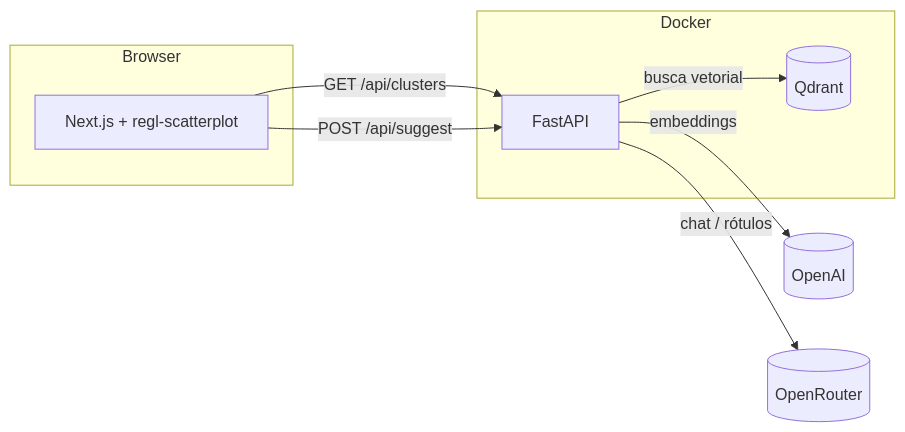
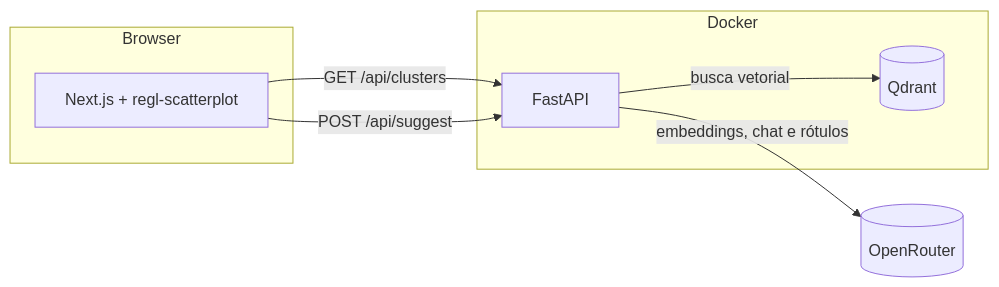
One commit to johnlaff/incident-sense changed the first of 2 diagrams in docs/architecture.md. Above: the diagram before and after it, drawn with Mermaid. The commit also changed other lines of this file and 22 other files, not shown here.

First line of the commit message:
feat: free public deploy with one OpenRouter key

````diff
--- a/docs/architecture.md
+++ b/docs/architecture.md
@@ -11,15 +11,14 @@
 ```mermaid
 flowchart LR
     subgraph Browser
         UI[Next.js + regl-scatterplot]
     end
     subgraph Docker
         API[FastAPI]
         Q[(Qdrant)]
     end
     UI -- "GET /api/clusters" --> API
     UI -- "POST /api/suggest" --> API
     API -- "busca vetorial" --> Q
-    API -- "embeddings" --> OpenAI[(OpenAI)]
-    API -- "chat / rótulos" --> OpenRouter[(OpenRouter)]
+    API -- "embeddings, chat e rótulos" --> OpenRouter[(OpenRouter)]
 ```
````
